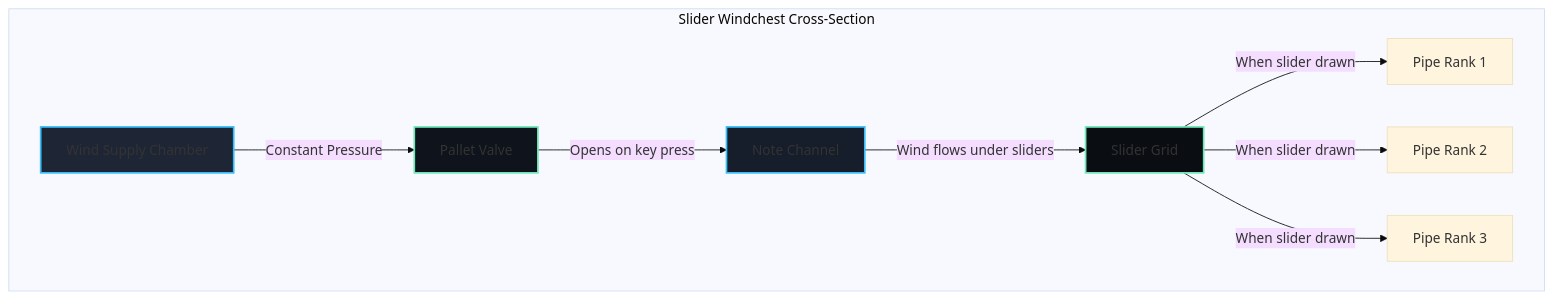
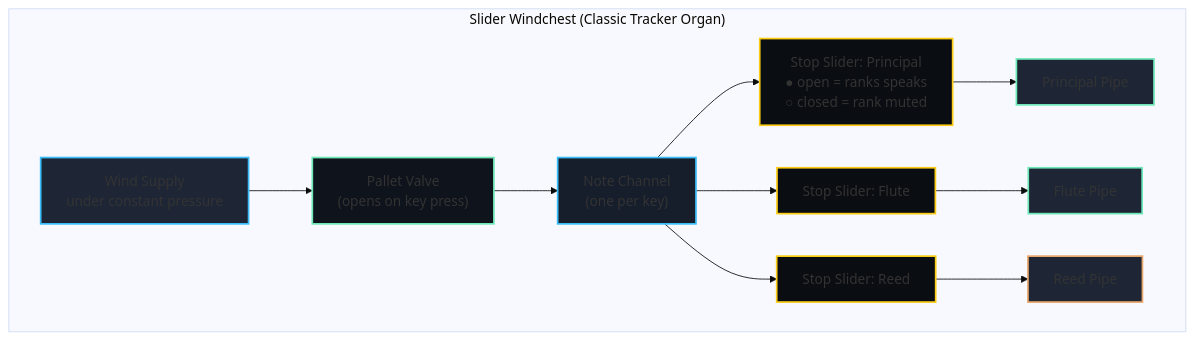
Before and after one commit to blebleblee/synapse: the second of 8 diagrams in topics/arts/music_performance/organ/lesson_01_organ_anatomy.md, drawn with Mermaid (base theme). The commit also changed other lines of this file and 4 other files, not shown here.

````diff
--- a/topics/arts/music_performance/organ/lesson_01_organ_anatomy.md
+++ b/topics/arts/music_performance/organ/lesson_01_organ_anatomy.md
@@ -65,16 +116,23 @@
 ```mermaid
 graph TB
-    subgraph sub_slider_windchest_cross_section ["Slider Windchest Cross-Section"]
-        Wind[Wind Supply Chamber] -->|"Constant Pressure"| Pallet[Pallet Valve]
-        Pallet -->|"Opens on key press"| NoteChannel[Note Channel]
-        NoteChannel -->|"Wind flows under sliders"| Grid[Slider Grid]
-        Grid -->|"When slider drawn"| Pipe1[Pipe Rank 1]
-        Grid -->|"When slider drawn"| Pipe2[Pipe Rank 2]
-        Grid -->|"When slider drawn"| Pipe3[Pipe Rank 3]
+    subgraph sub_slider_windchest ["Slider Windchest (Classic Tracker Organ)"]
+        WS["Wind Supply\nunder constant pressure"] --> PV["Pallet Valve\n(opens on key press)"]
+        PV --> NC["Note Channel\n(one per key)"]
+        NC --> SL1["Stop Slider: Principal\n● open = ranks speaks\n○ closed = rank muted"]
+        NC --> SL2["Stop Slider: Flute"]
+        NC --> SL3["Stop Slider: Reed"]
+        SL1 --> P1["Principal Pipe"]
+        SL2 --> P2["Flute Pipe"]
+        SL3 --> P3["Reed Pipe"]
     end
-    
-    style Wind fill:#1E2636,stroke:#38BDF8,stroke-width:2px
-    style Pallet fill:#0F131C,stroke:#6EE7B7,stroke-width:2px
-    style NoteChannel fill:#161D2B,stroke:#38BDF8,stroke-width:2px
-    style Grid fill:#0A0D12,stroke:#6EE7B7,stroke-width:2px
+
+    style WS fill:#1E2636,stroke:#38BDF8,stroke-width:2px
+    style PV fill:#0F131C,stroke:#6EE7B7,stroke-width:2px
+    style NC fill:#161D2B,stroke:#38BDF8,stroke-width:2px
+    style SL1 fill:#0A0D12,stroke:#FACC15,stroke-width:2px
+    style SL2 fill:#0A0D12,stroke:#FACC15,stroke-width:2px
+    style SL3 fill:#0A0D12,stroke:#FACC15,stroke-width:2px
+    style P1 fill:#1E2636,stroke:#6EE7B7,stroke-width:2px
+    style P2 fill:#1E2636,stroke:#6EE7B7,stroke-width:2px
+    style P3 fill:#1E2636,stroke:#E9A568,stroke-width:2px
 ```
````
